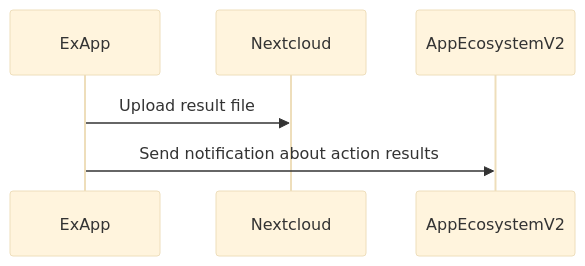
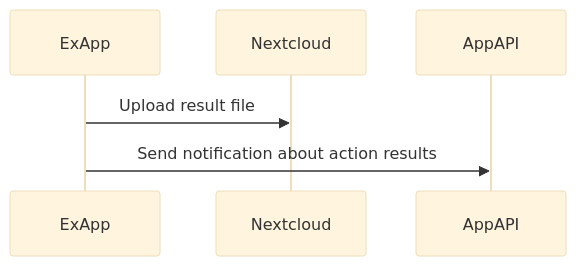
Before and after one commit to nextcloud/app_api: the second of 2 diagrams in docs/tech_details/api/fileactionsmenu.rst, drawn with Mermaid (base theme). The commit also changed other lines of this file and 42 other files, not shown here.

```diff
--- a/docs/tech_details/api/fileactionsmenu.rst
+++ b/docs/tech_details/api/fileactionsmenu.rst
@@ -117,5 +117,5 @@
 .. mermaid::
 
 	sequenceDiagram
 		ExApp->>Nextcloud: Upload result file
-		ExApp->>AppEcosystemV2: Send notification about action results
+		ExApp->>AppAPI: Send notification about action results
```
